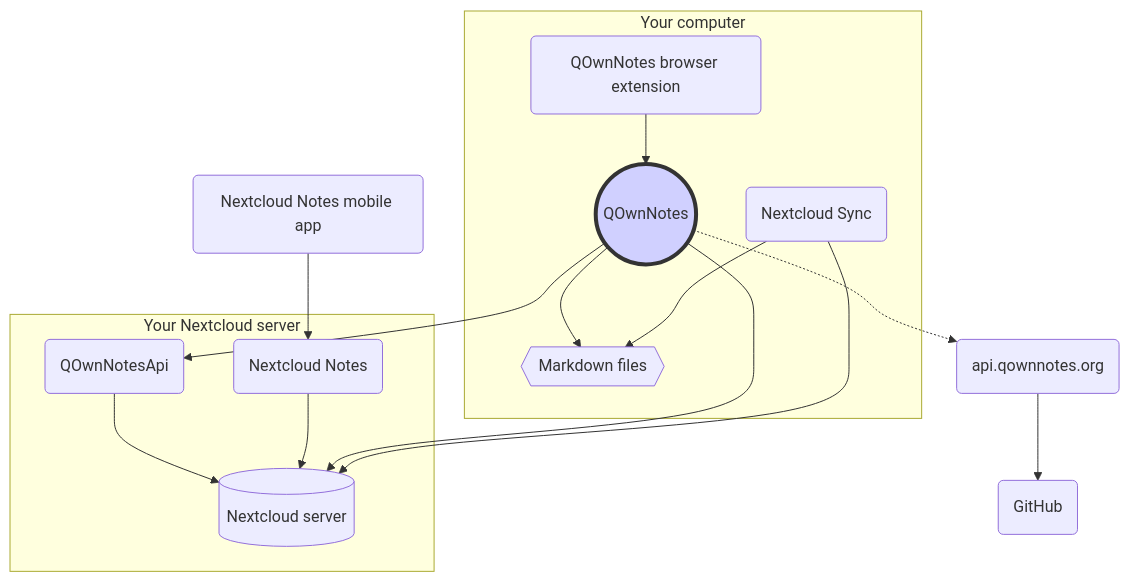
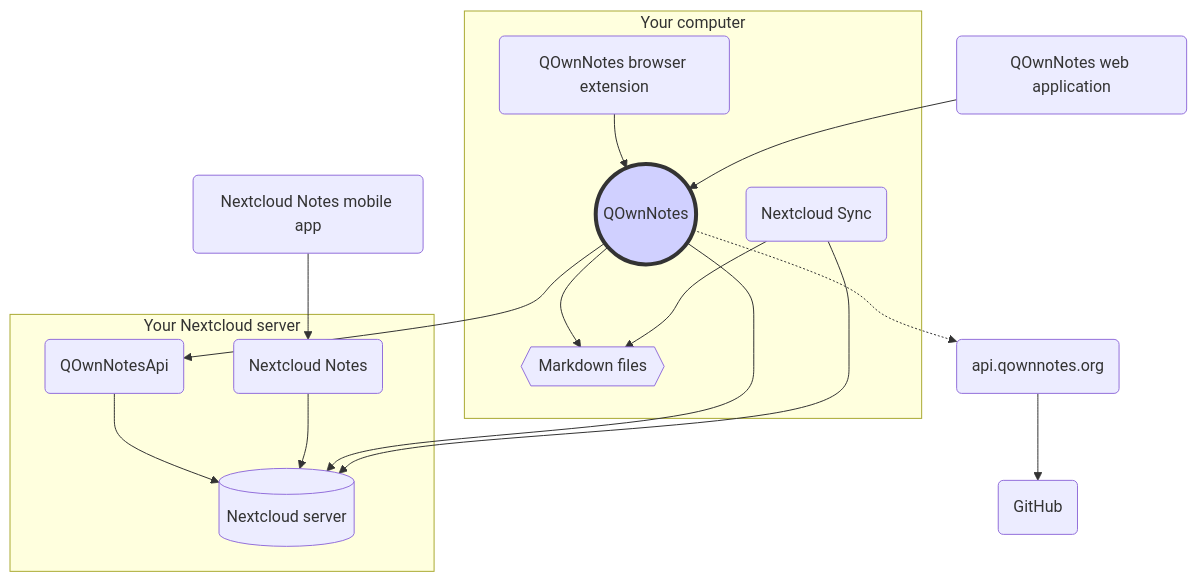
The diagram in webpage/src/es/getting-started/concept.md (pbek/QOwnNotes), drawn with Mermaid before and after one commit. The commit also changed other lines of this file and 98 other files, not shown here.

````diff
--- a/webpage/src/es/getting-started/concept.md
+++ b/webpage/src/es/getting-started/concept.md
@@ -3,30 +3,32 @@
 ```mermaid
 graph TB
     subgraph Your computer
         qon((QOwnNotes))-->md{{"Markdown files"}}
         sync("Nextcloud Sync")-->md
         qon-comp("QOwnNotes browser extension")-->qon
     end
     subgraph Your Nextcloud server
         qon-api("QOwnNotesApi")-->ncs[("Nextcloud server")]
         nc-notes-app("Nextcloud Notes")-->ncs
     end
 
     nc-notes-mob("Nextcloud Notes mobile app")-->nc-notes-app
+    qon-web-app("QOwnNotes web application")-->qon
     qon-->qon-api
     qon-->ncs
     sync-->ncs
     qon-.->qon-web-api("api.qownnotes.org")
     qon-web-api-->github("GitHub")
 
     style qon fill:#d0d0ff,stroke:#333,stroke-width:4px
     click qon "/getting-started/concept.html#qownnotes" "QOwnNotes Desktop Application for managing your notes on your desktop computer"
     click md "/getting-started/concept.html#markdown-note-files" "Markdown, media and attachment files in your note folder"
     click qon-comp "/getting-started/concept.html#qownnotes-browser-extension" "QOwnNotes browser extension for managing bookmarks in markdown files and as web clipper"
     click sync "/getting-started/concept.html#nextcloud-desktop-sync-client" "Nextcloud desktop sync client to sync your notes to your server"
     click ncs "/getting-started/concept.html#nextcloud-server" "Nextcloud server to host your notes and other files"
     click qon-api "/getting-started/concept.html#qownnotesapi-nextcloud-app" "QOwnNotesAPI Nextcloud app to access your server-side trash and note versions"
     click nc-notes-app "/getting-started/concept.html#nextcloud-notes-server-app" "Nextcloud Notes server app to manage your notes in the web"
     click nc-notes-mob "/getting-started/concept.html#nextcloud-notes-mobile-app" "Nextcloud Notes mobile app to manage your notes on your mobile phone"
+    click qon-web-app "/getting-started/concept.html#qownnotes-web-app" "QOwnNotes Web App to send photos from your mobile phone"
     click qon-web-api "/getting-started/concept.html#api-qownnotes-org"
 ```
````
